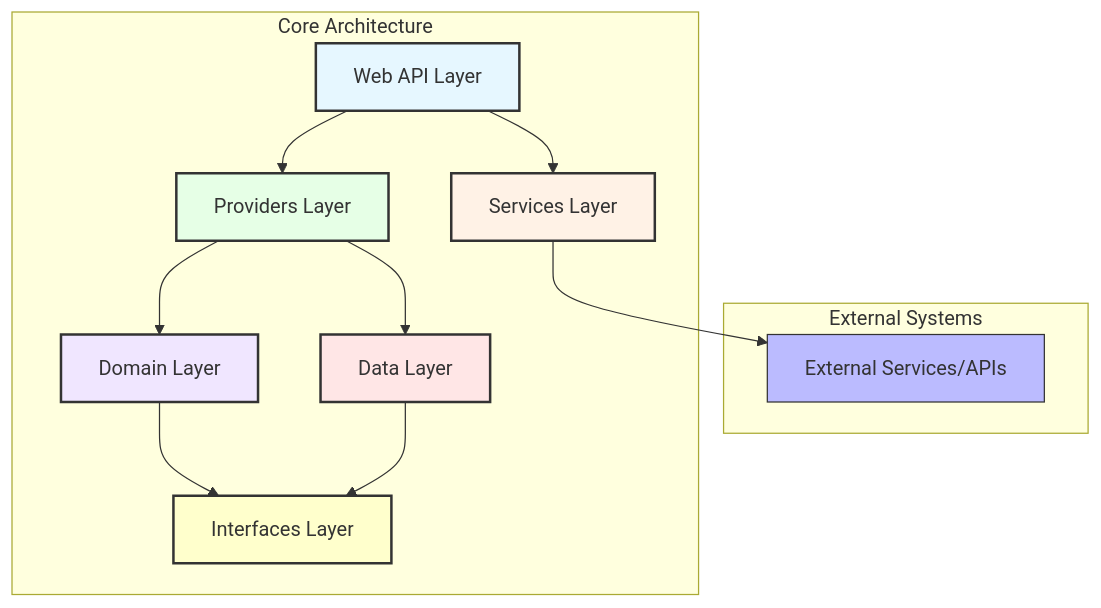
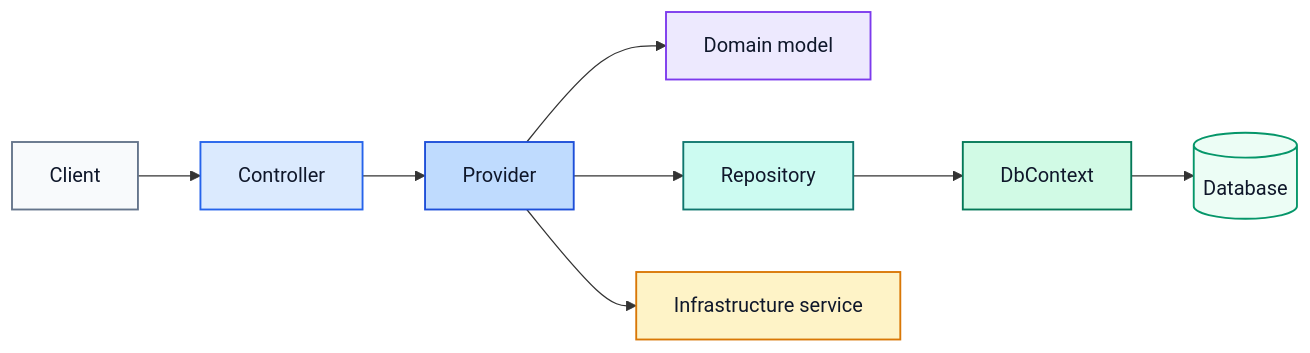
Before and after one commit to MiracleDevs/Paradigm.Enterprise: the diagram in docs/architecture.md, drawn with Mermaid. The commit also changed other lines of this file and 47 other files, not shown here.

````diff
--- a/docs/architecture.md
+++ b/docs/architecture.md
@@ -9,36 +5,19 @@
 ```mermaid
-graph TD
-    subgraph "External Systems"
-        ext[External Services/APIs]
-    end
+flowchart LR
+  CLIENT[Client] --> CONTROLLER[Controller]
+  CONTROLLER --> PROVIDER[Provider]
+  PROVIDER --> DOMAIN[Domain model]
+  PROVIDER --> REPOSITORY[Repository]
+  REPOSITORY --> CONTEXT[DbContext]
+  CONTEXT --> DATABASE[(Database)]
+  PROVIDER --> SERVICE[Infrastructure service]
 
-    subgraph "Core Architecture"
-        webapi[Web API Layer]
-        services[Services Layer]
-        providers[Providers Layer]
-        data[Data Layer]
-        domain[Domain Layer]
-        interfaces[Interfaces Layer]
-    end
-
-    webapi --> providers
-    webapi --> services
-    providers --> domain
-    providers --> data
-    domain --> interfaces
-    data --> interfaces
-    services --> ext
-
-    classDef core fill:#f9f,stroke:#333,stroke-width:2px;
-    classDef external fill:#bbf,stroke:#333,stroke-width:1px;
-
-    class domain,interfaces,data,providers,services,webapi core;
-    class ext external;
-
-    style webapi fill:#e6f7ff,stroke:#333
-    style services fill:#fff2e6,stroke:#333
-    style providers fill:#e6ffe6,stroke:#333
-    style data fill:#ffe6e6,stroke:#333
-    style domain fill:#f0e6ff,stroke:#333
-    style interfaces fill:#ffffcc,stroke:#333
+  style CLIENT fill:#f8fafc,stroke:#64748b,stroke-width:1.5px,color:#0f172a
+  style CONTROLLER fill:#dbeafe,stroke:#2563eb,stroke-width:1.5px,color:#0f172a
+  style PROVIDER fill:#bfdbfe,stroke:#1d4ed8,stroke-width:1.5px,color:#0f172a
+  style DOMAIN fill:#ede9fe,stroke:#7c3aed,stroke-width:1.5px,color:#0f172a
+  style REPOSITORY fill:#ccfbf1,stroke:#0f766e,stroke-width:1.5px,color:#0f172a
+  style CONTEXT fill:#d1fae5,stroke:#047857,stroke-width:1.5px,color:#0f172a
+  style DATABASE fill:#ecfdf5,stroke:#059669,stroke-width:1.5px,color:#0f172a
+  style SERVICE fill:#fef3c7,stroke:#d97706,stroke-width:1.5px,color:#0f172a
 ```
````
